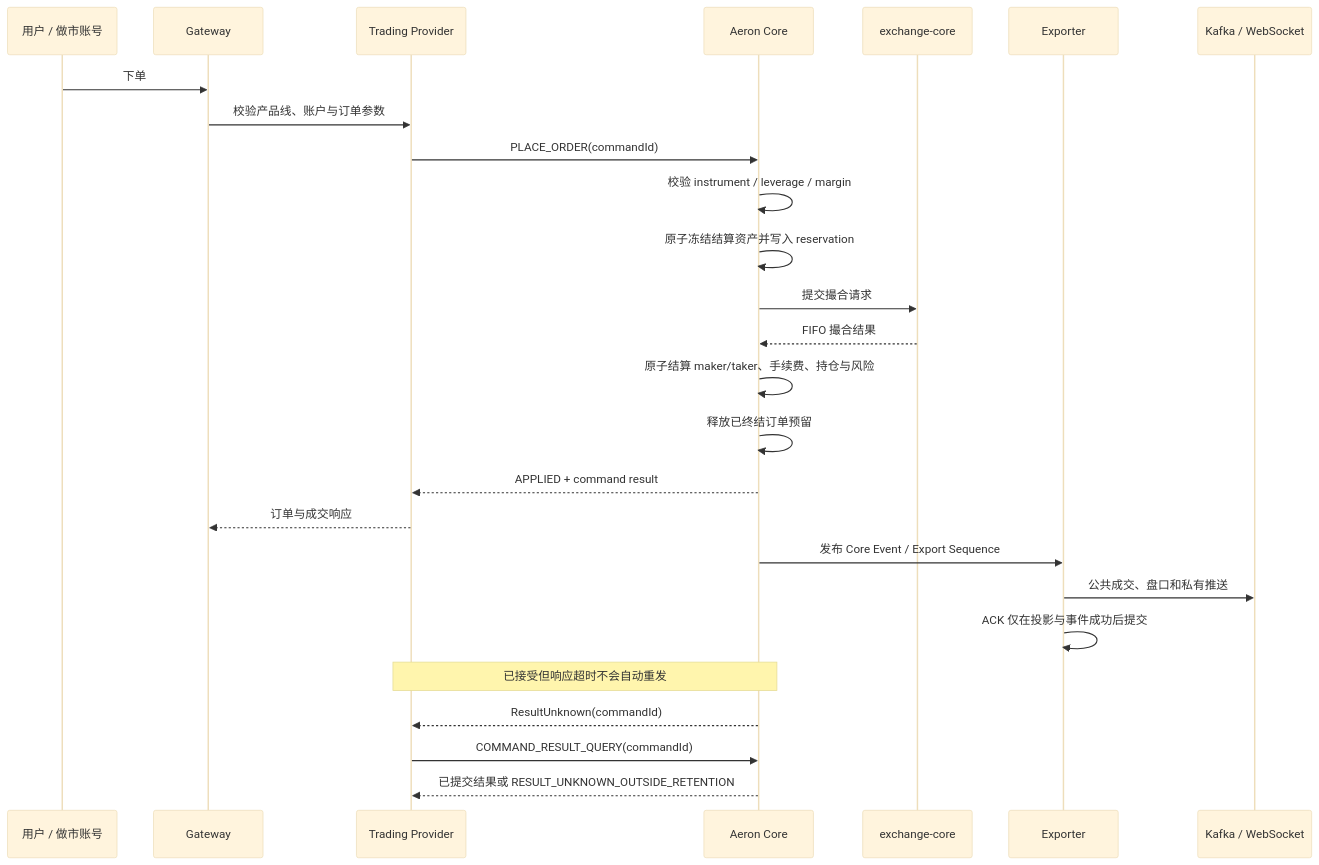
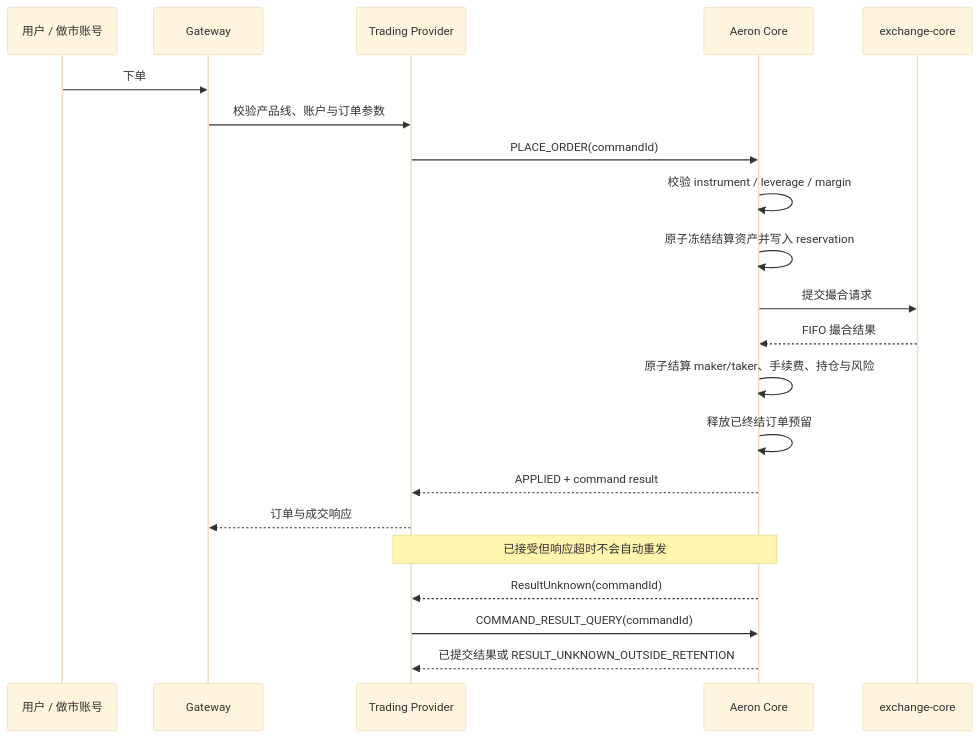
One commit to lilaizhencn/surprising-ex changed the second of 2 diagrams in README.md. Above: the diagram before and after it, drawn with Mermaid (base theme). The commit also changed other lines of this file and 143 other files, not shown here.

````diff
--- a/README.md
+++ b/README.md
@@ -139,30 +131,24 @@
 ```mermaid
 sequenceDiagram
     participant U as 用户 / 做市账号
     participant G as Gateway
     participant T as Trading Provider
     participant C as Aeron Core
     participant M as exchange-core
-    participant E as Exporter
-    participant K as Kafka / WebSocket
 
     U->>G: 下单
     G->>T: 校验产品线、账户与订单参数
     T->>C: PLACE_ORDER(commandId)
     C->>C: 校验 instrument / leverage / margin
     C->>C: 原子冻结结算资产并写入 reservation
     C->>M: 提交撮合请求
     M-->>C: FIFO 撮合结果
     C->>C: 原子结算 maker/taker、手续费、持仓与风险
     C->>C: 释放已终结订单预留
     C-->>T: APPLIED + command result
     T-->>G: 订单与成交响应
-    C->>E: 发布 Core Event / Export Sequence
-    E->>K: 公共成交、盘口和私有推送
-    E->>E: ACK 仅在投影与事件成功后提交
-
     Note over C,T: 已接受但响应超时不会自动重发
     C-->>T: ResultUnknown(commandId)
     T->>C: COMMAND_RESULT_QUERY(commandId)
     C-->>T: 已提交结果或 RESULT_UNKNOWN_OUTSIDE_RETENTION
 ```
````
